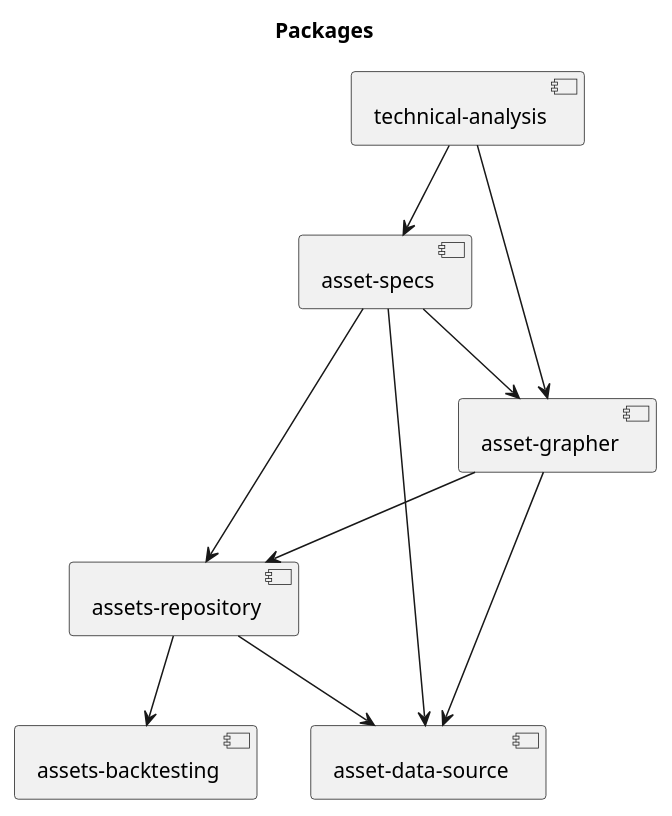
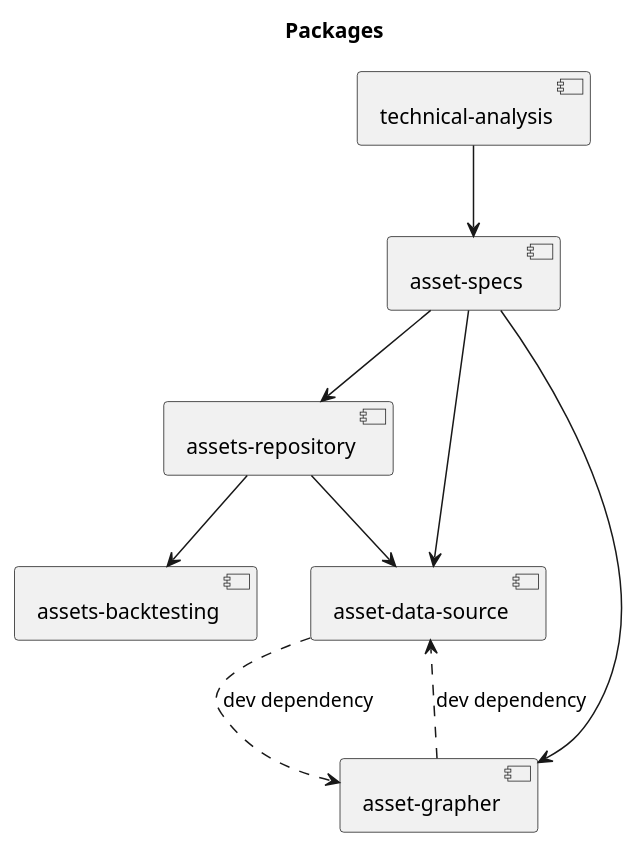
One commit to pkaran57/trading-design changed the diagram in packages.puml. Above: the diagram before and after it, drawn with PlantUML.

Commit message:
Updating dependencies

```diff
--- a/packages.puml
+++ b/packages.puml
@@ -1,26 +1,27 @@
 @startuml
 
 title Packages
 
 component [technical-analysis]
 component [asset-specs]
 component [assets-repository]
 component [assets-backtesting]
 component [asset-data-source]
 component [asset-grapher]
 
+' FORMAT: is consumed -> is consumed by/in
+
 [technical-analysis] -down-> [asset-specs]
 
 [asset-specs] -down-> [asset-grapher]
-[technical-analysis] -down-> [asset-grapher]
+[asset-data-source] .down.> [asset-grapher] : dev dependency
 
-[assets-repository]-down-> [assets-backtesting]
+[assets-repository] -down-> [assets-backtesting]
 
 [asset-specs] -down-> [assets-repository]
-[asset-grapher] -down-> [assets-repository]
 
 [asset-specs] -down-> [asset-data-source]
-[asset-grapher] -down-> [asset-data-source]
+[asset-grapher] .down.> [asset-data-source] : dev dependency
 [assets-repository] -down-> [asset-data-source]
 
 @enduml
```
